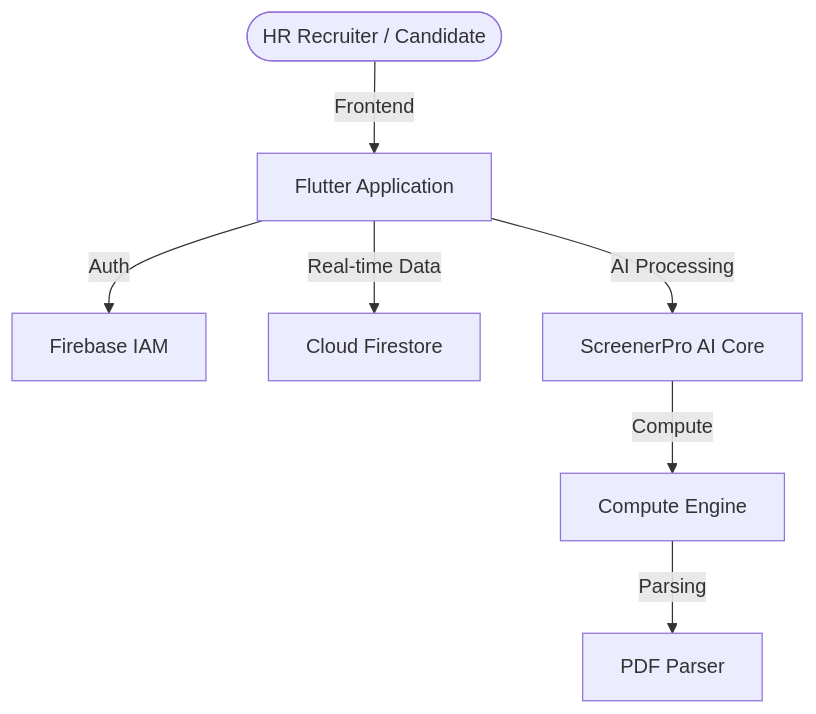
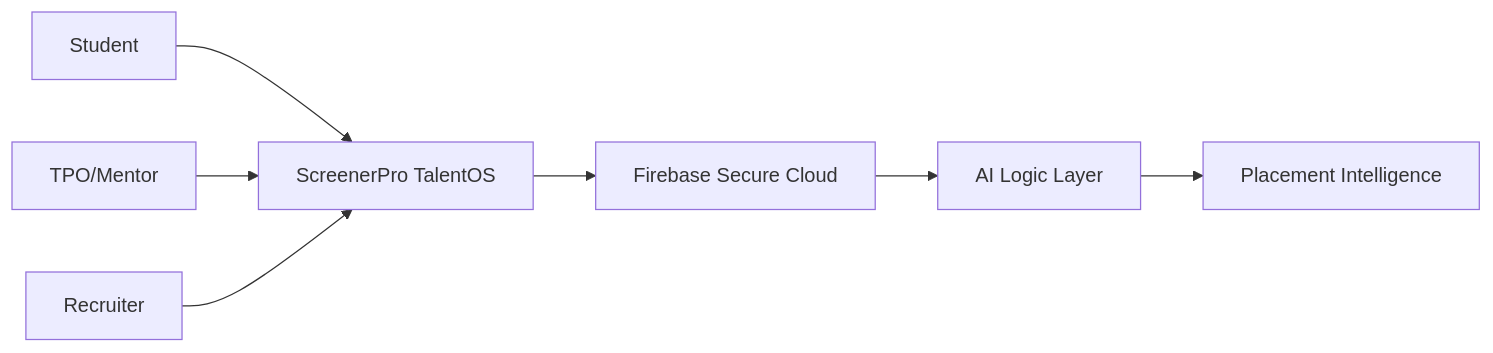
The diagram in README.md (manavnagpal08/candi-flutter), drawn with Mermaid before and after one commit. The commit also changed other lines of this file, not shown here.

Commit message:
docs: pivot positioning to ScreenerPro Campus TalentOS for campus hackathon themes

````diff
--- a/README.md
+++ b/README.md
@@ -56,9 +72,9 @@
 ```mermaid
-graph TD
-    User([HR Recruiter / Candidate]) -->|Frontend| App[Flutter Application]
-    App -->|Auth| Firebase_Auth[Firebase IAM]
-    App -->|Real-time Data| Firestore[Cloud Firestore]
-    App -->|AI Processing| AI_Engine[ScreenerPro AI Core]
-    AI_Engine -->|Compute| Cloud_Functions[Compute Engine]
-    Cloud_Functions -->|Parsing| Document_Parser[PDF Parser]
+graph LR
+    A[Student] --> B[ScreenerPro TalentOS]
+    C[TPO/Mentor] --> B
+    D[Recruiter] --> B
+    B --> E[Firebase Secure Cloud]
+    E --> F[AI Logic Layer]
+    F --> G[Placement Intelligence]
 ```
````
